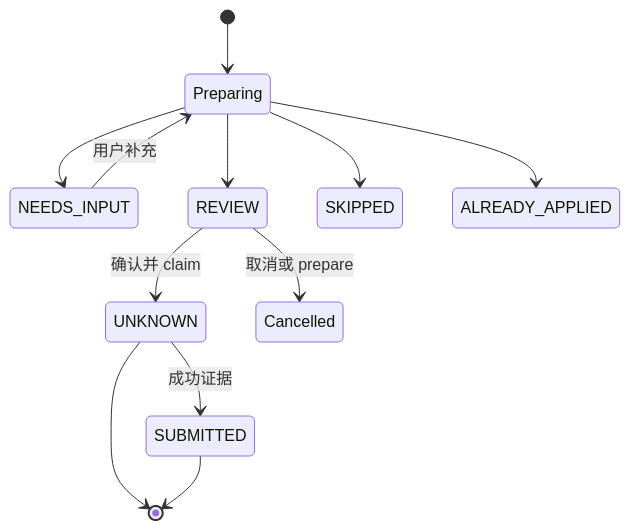
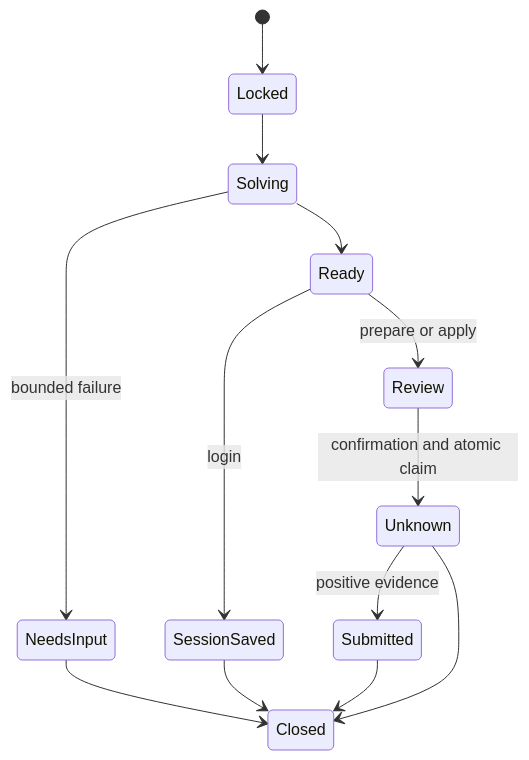
One commit to liu-qingyuan/get_jobs changed the sixth of 8 diagrams in docs/jobsdb-design.md. Above: the diagram before and after it, drawn with Mermaid. The commit also changed other lines of this file and 13 other files, not shown here.

````diff
--- a/docs/jobsdb-design.md
+++ b/docs/jobsdb-design.md
@@ -51,14 +46,15 @@
 ```mermaid
 stateDiagram-v2
-  [*] --> Preparing
-  Preparing --> NEEDS_INPUT
-  NEEDS_INPUT --> Preparing: 用户补充
-  Preparing --> REVIEW
-  Preparing --> SKIPPED
-  Preparing --> ALREADY_APPLIED
-  REVIEW --> UNKNOWN: 确认并 claim
-  UNKNOWN --> SUBMITTED: 成功证据
-  REVIEW --> Cancelled: 取消或 prepare
-  UNKNOWN --> [*]
-  SUBMITTED --> [*]
+  [*] --> Locked
+  Locked --> Solving
+  Solving --> Ready
+  Solving --> NeedsInput: bounded failure
+  Ready --> SessionSaved: login
+  Ready --> Review: prepare or apply
+  Review --> Unknown: confirmation and atomic claim
+  Unknown --> Submitted: positive evidence
+  NeedsInput --> Closed
+  SessionSaved --> Closed
+  Submitted --> Closed
+  Unknown --> Closed
 ```
````
